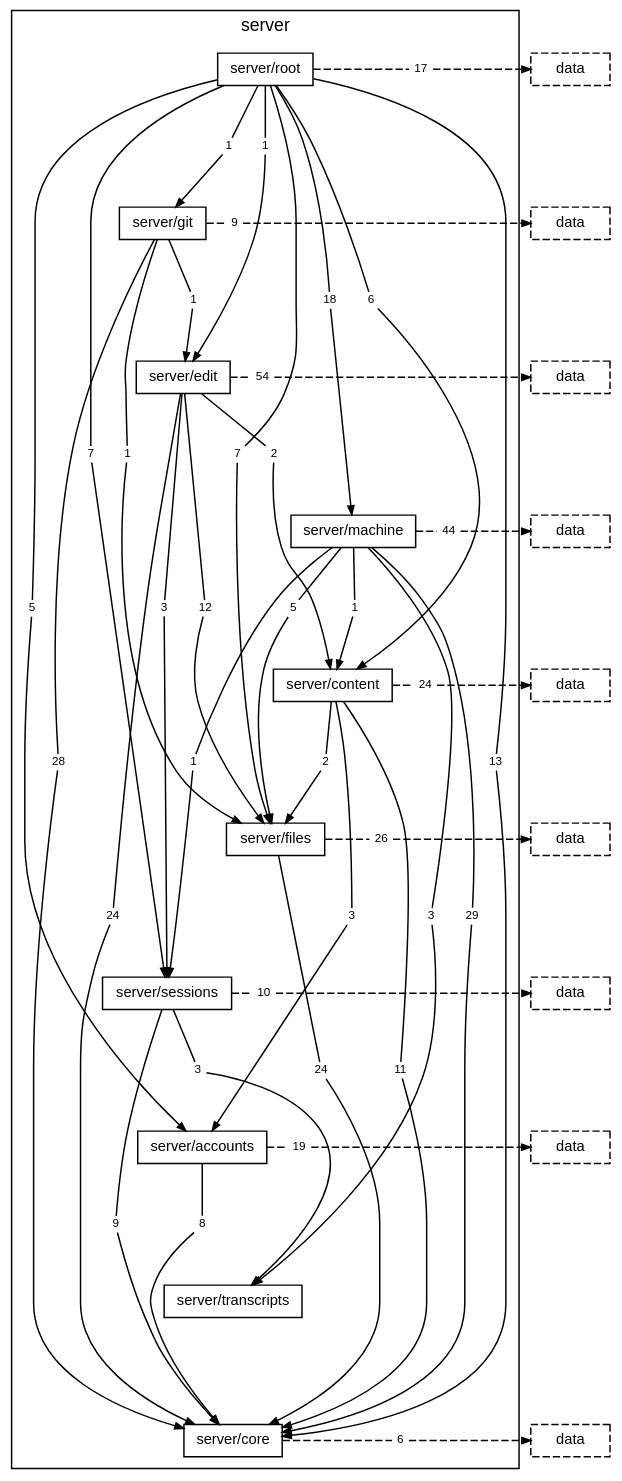
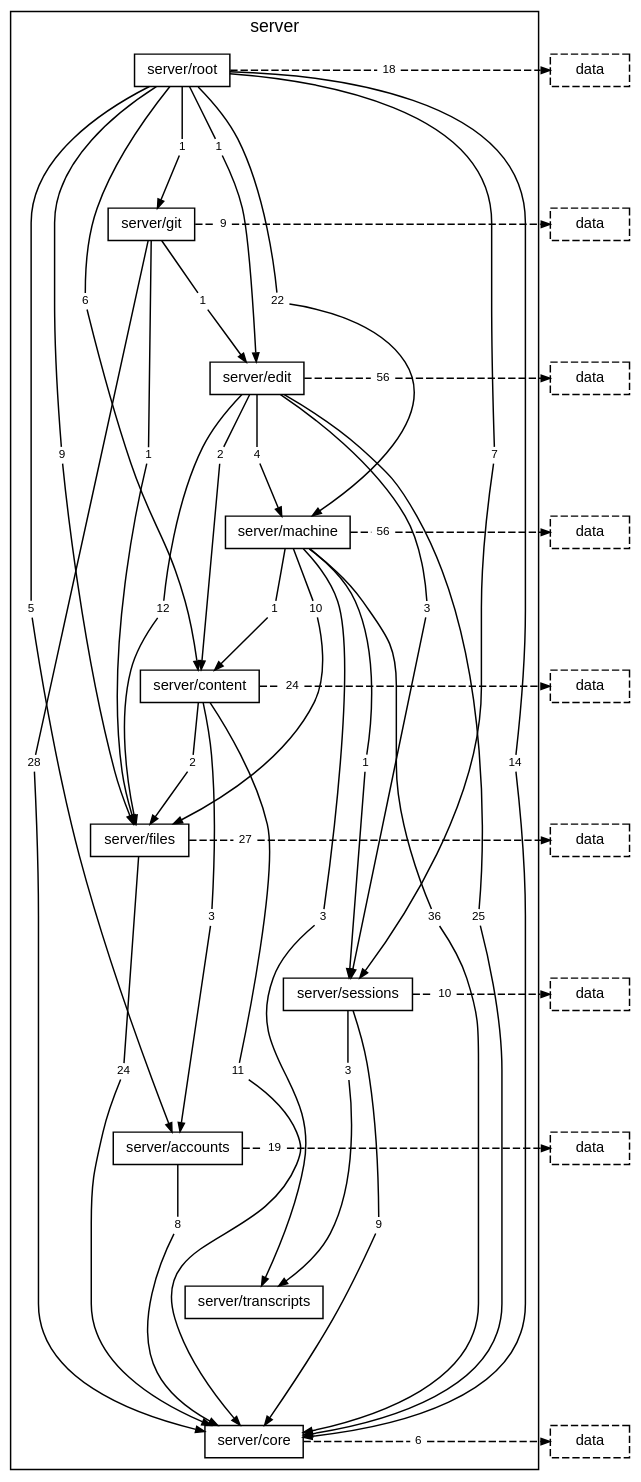
One commit to TheAxeC/oculus changed the diagram in docs/diagrams/layer-server.dot. Above: the diagram before and after it, drawn with Graphviz. The commit also changed 151 other files, not shown here.

```diff
--- a/docs/diagrams/layer-server.dot
+++ b/docs/diagrams/layer-server.dot
@@ -16,34 +16,35 @@
         "folder server/core" [label="server/core"];
         "folder server/root to folder server/accounts" [label="5", shape=box, color="transparent", fontsize=8, width=0, height=0, margin="0.04,0.02"];
         "folder server/root to folder server/content" [label="6", shape=box, color="transparent", fontsize=8, width=0, height=0, margin="0.04,0.02"];
-        "folder server/root to folder server/core" [label="13", shape=box, color="transparent", fontsize=8, width=0, height=0, margin="0.04,0.02"];
+        "folder server/root to folder server/core" [label="14", shape=box, color="transparent", fontsize=8, width=0, height=0, margin="0.04,0.02"];
         "folder server/root to folder server/edit" [label="1", shape=box, color="transparent", fontsize=8, width=0, height=0, margin="0.04,0.02"];
-        "folder server/root to folder server/files" [label="7", shape=box, color="transparent", fontsize=8, width=0, height=0, margin="0.04,0.02"];
+        "folder server/root to folder server/files" [label="9", shape=box, color="transparent", fontsize=8, width=0, height=0, margin="0.04,0.02"];
         "folder server/root to folder server/git" [label="1", shape=box, color="transparent", fontsize=8, width=0, height=0, margin="0.04,0.02"];
-        "folder server/root to folder server/machine" [label="18", shape=box, color="transparent", fontsize=8, width=0, height=0, margin="0.04,0.02"];
+        "folder server/root to folder server/machine" [label="22", shape=box, color="transparent", fontsize=8, width=0, height=0, margin="0.04,0.02"];
         "folder server/root to folder server/sessions" [label="7", shape=box, color="transparent", fontsize=8, width=0, height=0, margin="0.04,0.02"];
-        "folder server/root to layer data" [label="17", shape=box, color="transparent", fontsize=8, width=0, height=0, margin="0.04,0.02"];
+        "folder server/root to layer data" [label="18", shape=box, color="transparent", fontsize=8, width=0, height=0, margin="0.04,0.02"];
         "folder server/git to folder server/core" [label="28", shape=box, color="transparent", fontsize=8, width=0, height=0, margin="0.04,0.02"];
         "folder server/git to folder server/edit" [label="1", shape=box, color="transparent", fontsize=8, width=0, height=0, margin="0.04,0.02"];
         "folder server/git to folder server/files" [label="1", shape=box, color="transparent", fontsize=8, width=0, height=0, margin="0.04,0.02"];
         "folder server/git to layer data" [label="9", shape=box, color="transparent", fontsize=8, width=0, height=0, margin="0.04,0.02"];
         "folder server/edit to folder server/content" [label="2", shape=box, color="transparent", fontsize=8, width=0, height=0, margin="0.04,0.02"];
-        "folder server/edit to folder server/core" [label="24", shape=box, color="transparent", fontsize=8, width=0, height=0, margin="0.04,0.02"];
+        "folder server/edit to folder server/core" [label="25", shape=box, color="transparent", fontsize=8, width=0, height=0, margin="0.04,0.02"];
         "folder server/edit to folder server/files" [label="12", shape=box, color="transparent", fontsize=8, width=0, height=0, margin="0.04,0.02"];
+        "folder server/edit to folder server/machine" [label="4", shape=box, color="transparent", fontsize=8, width=0, height=0, margin="0.04,0.02"];
         "folder server/edit to folder server/sessions" [label="3", shape=box, color="transparent", fontsize=8, width=0, height=0, margin="0.04,0.02"];
-        "folder server/edit to layer data" [label="54", shape=box, color="transparent", fontsize=8, width=0, height=0, margin="0.04,0.02"];
+        "folder server/edit to layer data" [label="56", shape=box, color="transparent", fontsize=8, width=0, height=0, margin="0.04,0.02"];
         "folder server/machine to folder server/content" [label="1", shape=box, color="transparent", fontsize=8, width=0, height=0, margin="0.04,0.02"];
-        "folder server/machine to folder server/core" [label="29", shape=box, color="transparent", fontsize=8, width=0, height=0, margin="0.04,0.02"];
-        "folder server/machine to folder server/files" [label="5", shape=box, color="transparent", fontsize=8, width=0, height=0, margin="0.04,0.02"];
+        "folder server/machine to folder server/core" [label="36", shape=box, color="transparent", fontsize=8, width=0, height=0, margin="0.04,0.02"];
+        "folder server/machine to folder server/files" [label="10", shape=box, color="transparent", fontsize=8, width=0, height=0, margin="0.04,0.02"];
         "folder server/machine to folder server/sessions" [label="1", shape=box, color="transparent", fontsize=8, width=0, height=0, margin="0.04,0.02"];
         "folder server/machine to folder server/transcripts" [label="3", shape=box, color="transparent", fontsize=8, width=0, height=0, margin="0.04,0.02"];
-        "folder server/machine to layer data" [label="44", shape=box, color="transparent", fontsize=8, width=0, height=0, margin="0.04,0.02"];
+        "folder server/machine to layer data" [label="56", shape=box, color="transparent", fontsize=8, width=0, height=0, margin="0.04,0.02"];
         "folder server/content to folder server/accounts" [label="3", shape=box, color="transparent", fontsize=8, width=0, height=0, margin="0.04,0.02"];
         "folder server/content to folder server/core" [label="11", shape=box, color="transparent", fontsize=8, width=0, height=0, margin="0.04,0.02"];
         "folder server/content to folder server/files" [label="2", shape=box, color="transparent", fontsize=8, width=0, height=0, margin="0.04,0.02"];
         "folder server/content to layer data" [label="24", shape=box, color="transparent", fontsize=8, width=0, height=0, margin="0.04,0.02"];
         "folder server/files to folder server/core" [label="24", shape=box, color="transparent", fontsize=8, width=0, height=0, margin="0.04,0.02"];
-        "folder server/files to layer data" [label="26", shape=box, color="transparent", fontsize=8, width=0, height=0, margin="0.04,0.02"];
+        "folder server/files to layer data" [label="27", shape=box, color="transparent", fontsize=8, width=0, height=0, margin="0.04,0.02"];
         "folder server/sessions to folder server/core" [label="9", shape=box, color="transparent", fontsize=8, width=0, height=0, margin="0.04,0.02"];
         "folder server/sessions to folder server/transcripts" [label="3", shape=box, color="transparent", fontsize=8, width=0, height=0, margin="0.04,0.02"];
         "folder server/sessions to layer data" [label="10", shape=box, color="transparent", fontsize=8, width=0, height=0, margin="0.04,0.02"];
@@ -103,6 +104,8 @@
     "folder server/edit to folder server/core" -> "folder server/core" [];
     "folder server/edit" -> "folder server/edit to folder server/files" [arrowhead=none, minlen=3, weight=10];
     "folder server/edit to folder server/files" -> "folder server/files" [];
+    "folder server/edit" -> "folder server/edit to folder server/machine" [arrowhead=none, minlen=1, weight=10];
+    "folder server/edit to folder server/machine" -> "folder server/machine" [];
     "folder server/edit" -> "folder server/edit to folder server/sessions" [arrowhead=none, minlen=3, weight=10];
     "folder server/edit to folder server/sessions" -> "folder server/sessions" [];
     "folder server/edit" -> "folder server/edit to layer data" [arrowhead=none, style=dashed];
```
